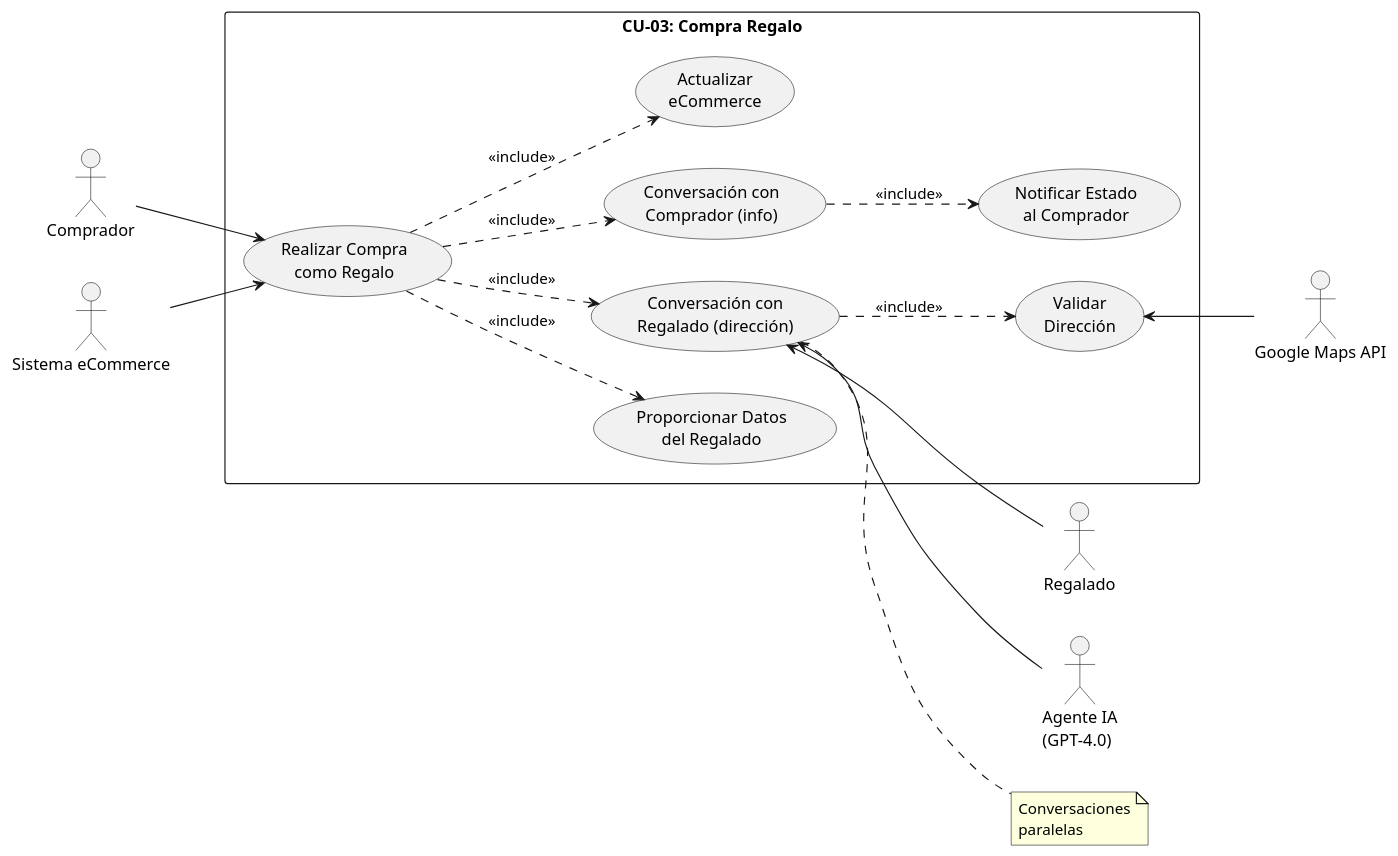
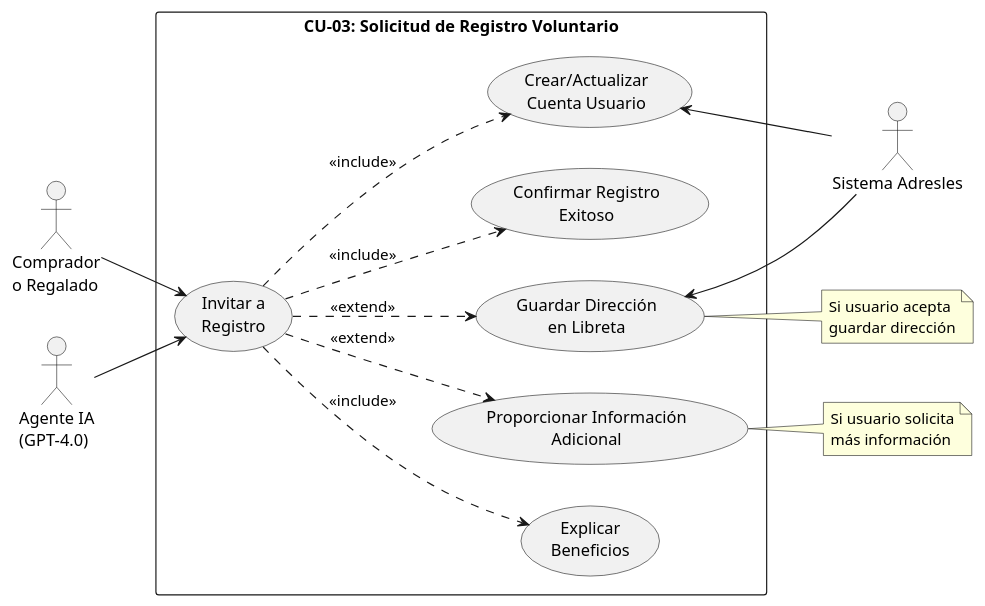
The fifth of 17 diagrams in Adresles_Business.md (LIDR-academy/AI4Devs-finalproject), drawn with PlantUML before and after one commit. The commit also changed other lines of this file and 5 other files, not shown here.

First line of the commit message:
Redefinición del MVP de Adresles con enfoque mock

````diff
--- a/Adresles_Business.md
+++ b/Adresles_Business.md
@@ -521,36 +612,32 @@
 ```plantuml
-@startuml CU-03 Compra Regalo
+@startuml CU-03 Registro Adresles
 left to right direction
 skinparam packageStyle rectangle
 
-actor "Comprador" as comprador
-actor "Regalado" as regalado
-actor "Sistema eCommerce" as ecommerce
+actor "Comprador\no Regalado" as usuario
 actor "Agente IA\n(GPT-4.0)" as agente
-actor "Google Maps API" as gmaps
+actor "Sistema Adresles" as sistema
 
-rectangle "CU-03: Compra Regalo" {
-    usecase "Realizar Compra\ncomo Regalo" as UC1
-    usecase "Proporcionar Datos\ndel Regalado" as UC2
-    usecase "Conversación con\nComprador (info)" as UC3
-    usecase "Conversación con\nRegalado (dirección)" as UC4
-    usecase "Validar\nDirección" as UC5
-    usecase "Notificar Estado\nal Comprador" as UC6
-    usecase "Actualizar\neCommerce" as UC7
+rectangle "CU-03: Solicitud de Registro Voluntario" {
+    usecase "Invitar a\nRegistro" as UC1
+    usecase "Explicar\nBeneficios" as UC2
+    usecase "Crear/Actualizar\nCuenta Usuario" as UC3
+    usecase "Guardar Dirección\nen Libreta" as UC4
+    usecase "Confirmar Registro\nExitoso" as UC5
+    usecase "Proporcionar Información\nAdicional" as UC6
 }
 
-comprador --> UC1
-ecommerce --> UC1
+usuario --> UC1
+agente --> UC1
 UC1 ..> UC2 : <<include>>
 UC1 ..> UC3 : <<include>>
-UC1 ..> UC4 : <<include>>
-UC4 <-- regalado
-UC4 <-- agente
-UC4 ..> UC5 : <<include>>
-UC5 <-- gmaps
-UC3 ..> UC6 : <<include>>
-UC1 ..> UC7 : <<include>>
+UC3 <-- sistema
+UC1 ..> UC4 : <<extend>>
+UC4 <-- sistema
+UC1 ..> UC5 : <<include>>
+UC1 ..> UC6 : <<extend>>
 
-note right of UC4 : Conversaciones\nparalelas
+note right of UC4 : Si usuario acepta\nguardar dirección
+note right of UC6 : Si usuario solicita\nmás información
 @enduml
 ```
````
